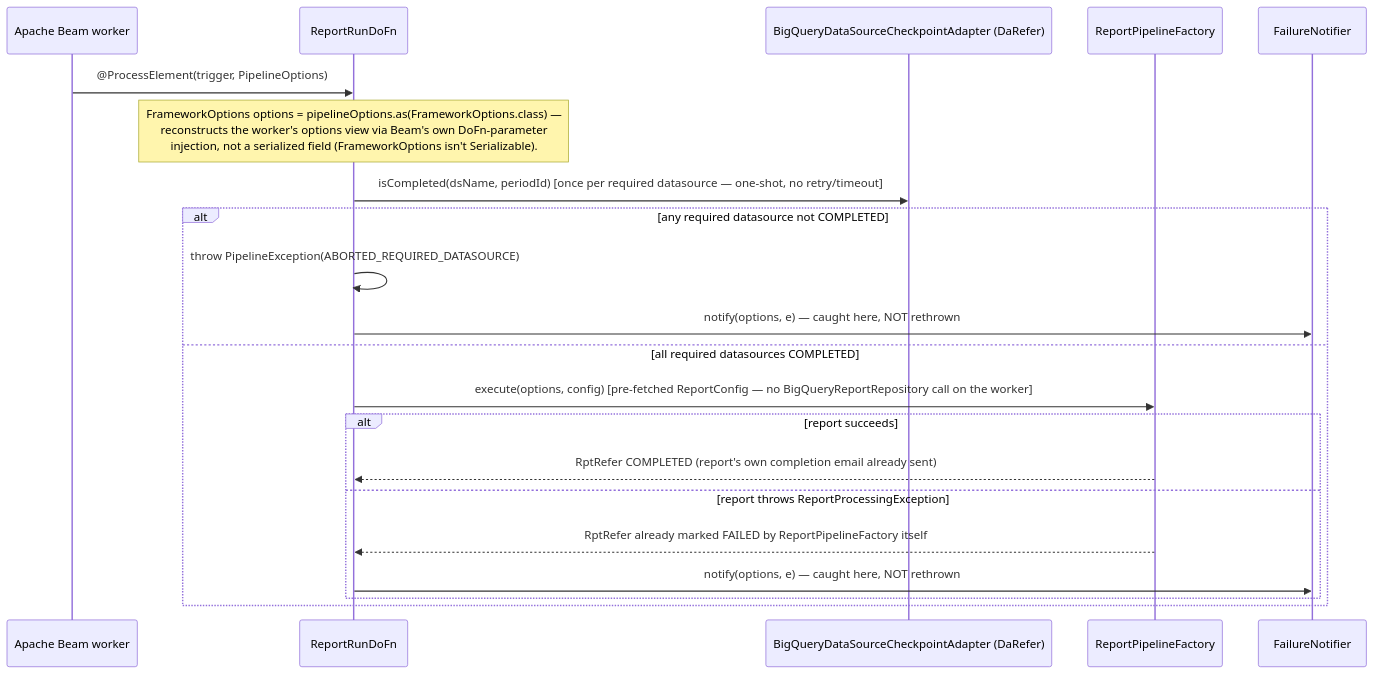
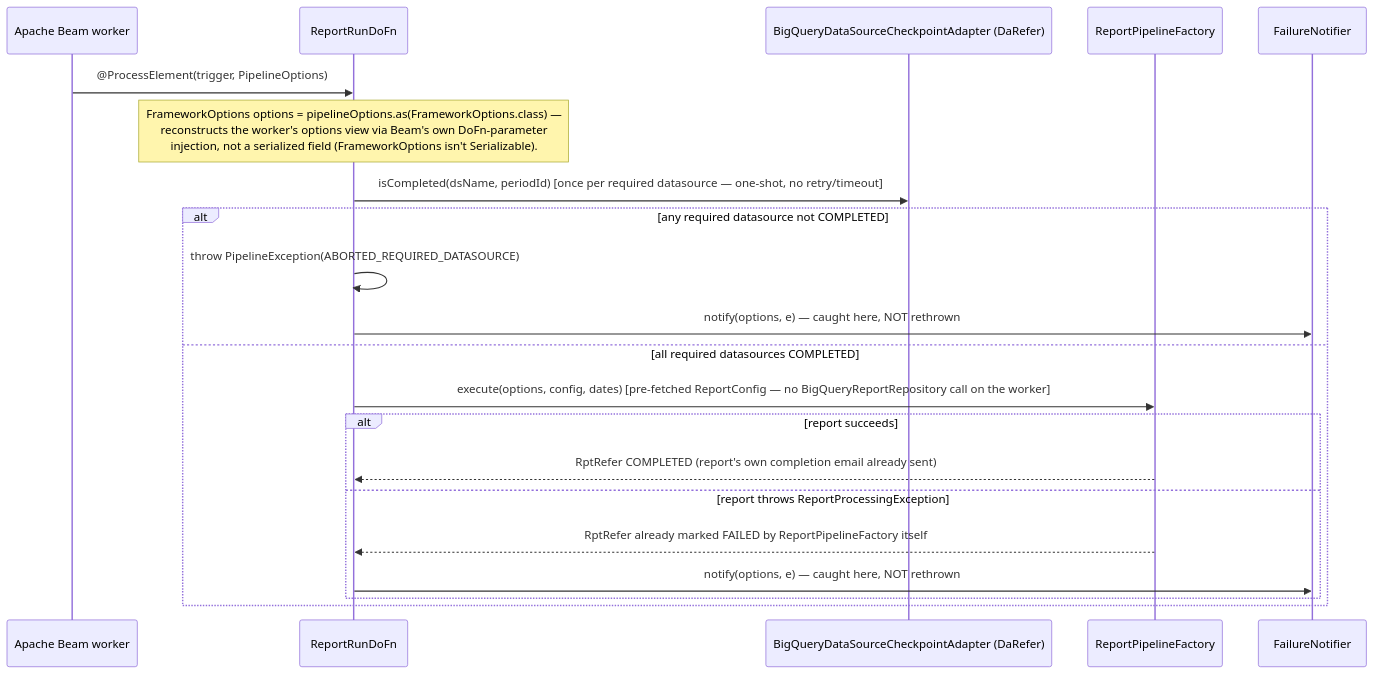
Before and after one commit to tushark-16bit/beam_framework: diagram 16 of 17 in WALKTHROUGH.md, drawn with Mermaid. The commit also changed other lines of this file and 18 other files, not shown here.

````diff
--- a/WALKTHROUGH.md
+++ b/WALKTHROUGH.md
@@ -958,24 +962,24 @@
 ```mermaid
 sequenceDiagram
     participant Beam as Apache Beam worker
     participant RRD as ReportRunDoFn
     participant CKA as BigQueryDataSourceCheckpointAdapter (DaRefer)
     participant RPF as ReportPipelineFactory
     participant FN as FailureNotifier
 
     Beam->>RRD: @ProcessElement(trigger, PipelineOptions)
     Note over RRD: FrameworkOptions options = pipelineOptions.as(FrameworkOptions.class) —<br/>reconstructs the worker's options view via Beam's own DoFn-parameter<br/>injection, not a serialized field (FrameworkOptions isn't Serializable).
     RRD->>CKA: isCompleted(dsName, periodId)   [once per required datasource — one-shot, no retry/timeout]
     alt any required datasource not COMPLETED
         RRD->>RRD: throw PipelineException(ABORTED_REQUIRED_DATASOURCE)
         RRD->>FN: notify(options, e) — caught here, NOT rethrown
     else all required datasources COMPLETED
-        RRD->>RPF: execute(options, config)   [pre-fetched ReportConfig — no BigQueryReportRepository call on the worker]
+        RRD->>RPF: execute(options, config, dates)   [pre-fetched ReportConfig — no BigQueryReportRepository call on the worker]
         alt report succeeds
             RPF-->>RRD: RptRefer COMPLETED (report's own completion email already sent)
         else report throws ReportProcessingException
             RPF-->>RRD: RptRefer already marked FAILED by ReportPipelineFactory itself
             RRD->>FN: notify(options, e) — caught here, NOT rethrown
         end
     end
 ```
````
